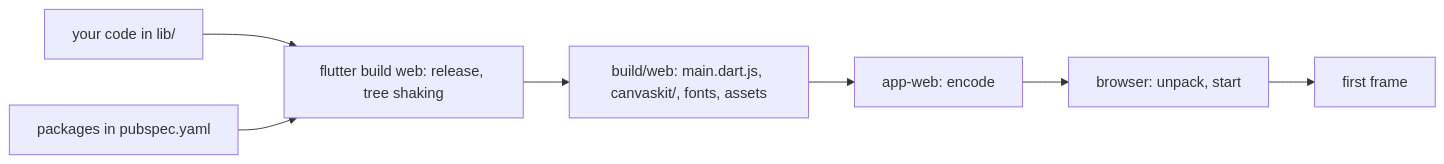
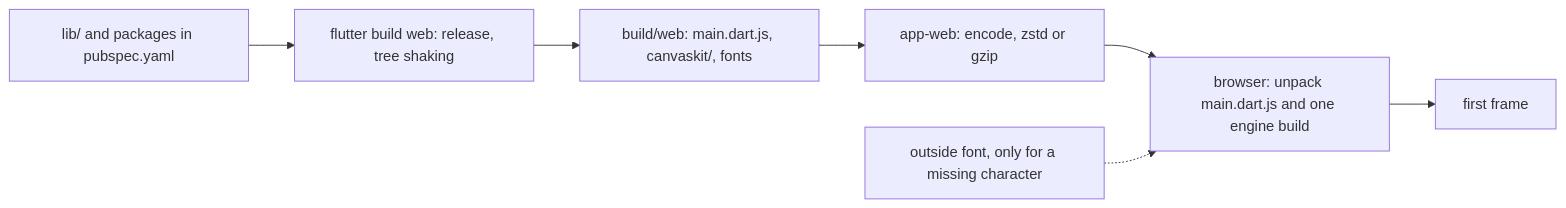
One commit to duyan11110/lo-trinh-architect changed the diagram in content/tracks/frontend/performance-offline/frontend.l3.web-bundle-size.en.md. Above: the diagram before and after it, drawn with Mermaid. The commit also changed other lines of this file and 4 other files, not shown here.

````diff
--- a/content/tracks/frontend/performance-offline/frontend.l3.web-bundle-size.en.md
+++ b/content/tracks/frontend/performance-offline/frontend.l3.web-bundle-size.en.md
@@ -42,9 +43,9 @@
 ```mermaid
 flowchart LR
-  A["your code in lib/"] --> B["flutter build web: release, tree shaking"]
-  P["packages in pubspec.yaml"] --> B
-  B --> W["build/web: main.dart.js, canvaskit/, fonts, assets"]
-  W --> C["app-web: encode"]
-  C --> R["browser: unpack, start"]
+  A["lib/ and packages in pubspec.yaml"] --> B["flutter build web: release, tree shaking"]
+  B --> W["build/web: main.dart.js, canvaskit/, fonts"]
+  W --> C["app-web: encode, zstd or gzip"]
+  C --> R["browser: unpack main.dart.js and one engine build"]
   R --> F[first frame]
+  X["outside font, only for a missing character"] -.-> R
 ```
````
